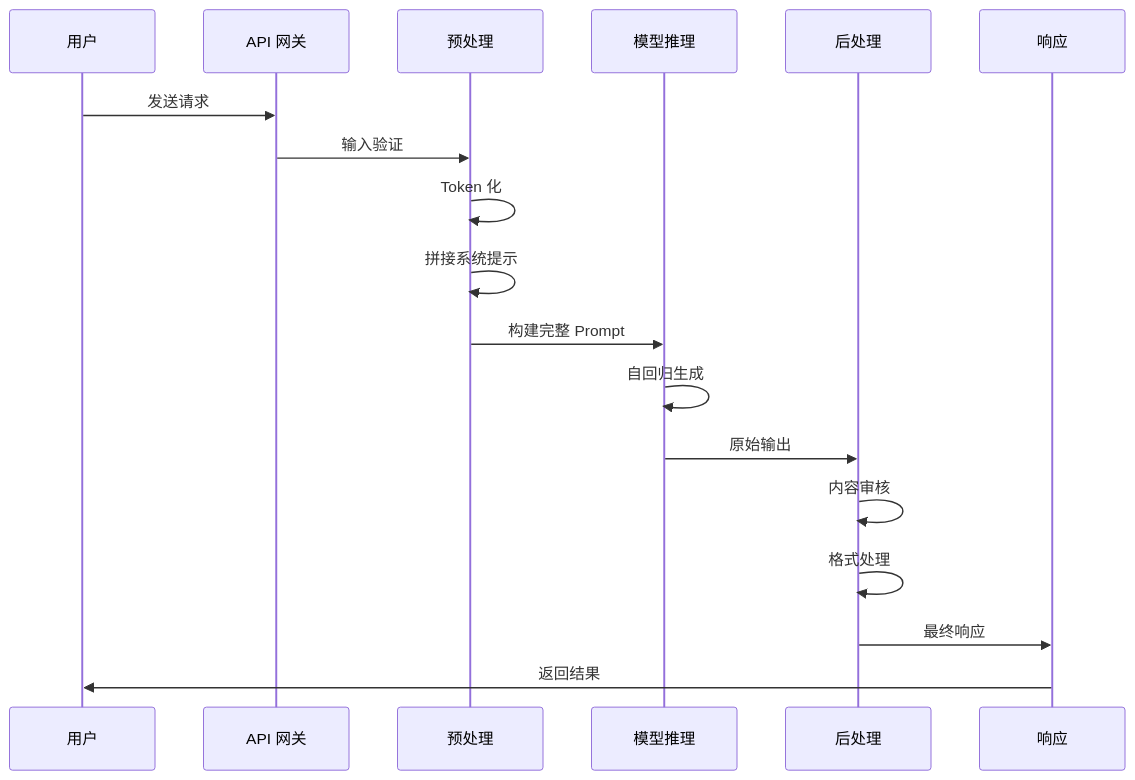
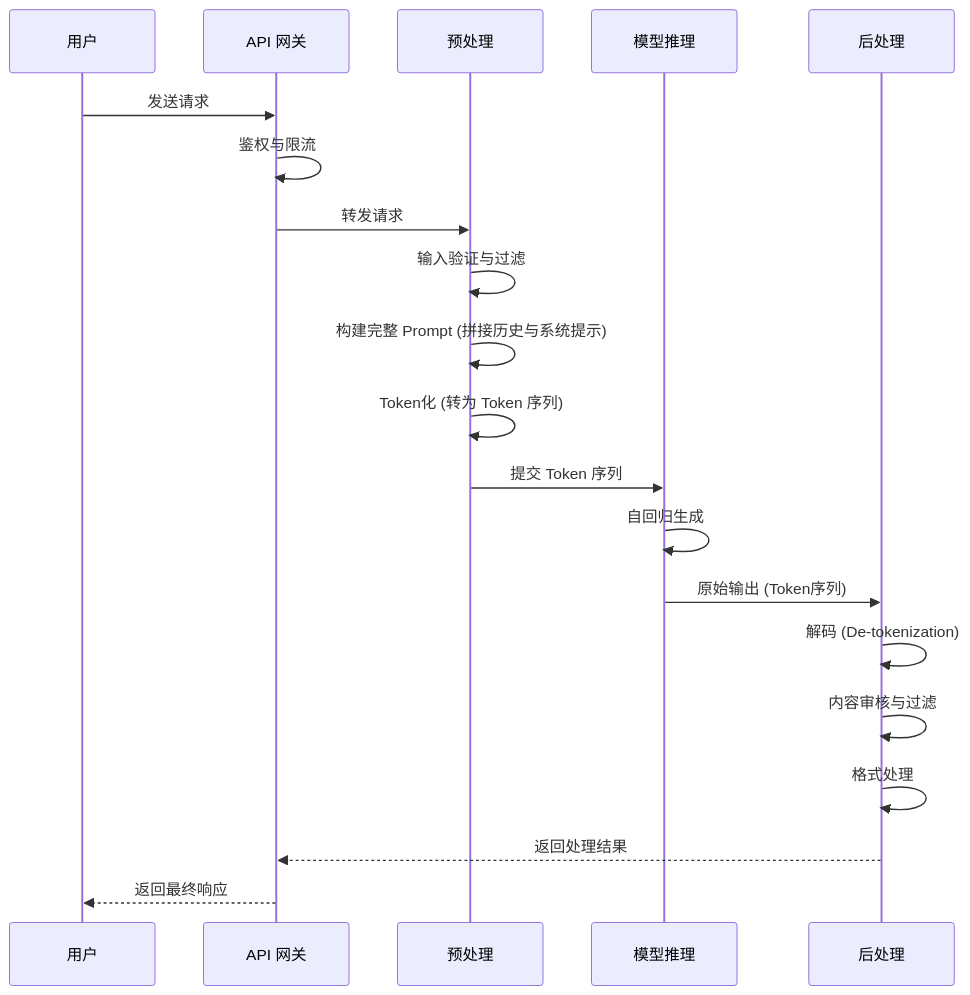
One commit to yeasy/ai_security_guide changed the first of 3 diagrams in 02_fundamentals/2.3_inference_security.md. Above: the diagram before and after it, drawn with Mermaid. The commit also changed other lines of this file and 74 other files, not shown here.

````diff
--- a/02_fundamentals/2.3_inference_security.md
+++ b/02_fundamentals/2.3_inference_security.md
@@ -9,21 +9,23 @@
 ```mermaid
 sequenceDiagram
     participant U as 用户
     participant A as API 网关
     participant P as 预处理
     participant M as 模型推理
     participant F as 后处理
-    participant R as 响应
 
     U->>A: 发送请求
-    A->>P: 输入验证
-    P->>P: Token 化
-    P->>P: 拼接系统提示
-    P->>M: 构建完整 Prompt
+    A->>A: 鉴权与限流
+    A->>P: 转发请求
+    P->>P: 输入验证与过滤
+    P->>P: 构建完整 Prompt (拼接历史与系统提示)
+    P->>P: Token化 (转为 Token 序列)
+    P->>M: 提交 Token 序列
     M->>M: 自回归生成
-    M->>F: 原始输出
-    F->>F: 内容审核
+    M->>F: 原始输出 (Token序列)
+    F->>F: 解码 (De-tokenization)
+    F->>F: 内容审核与过滤
     F->>F: 格式处理
-    F->>R: 最终响应
-    R->>U: 返回结果
+    F-->>A: 返回处理结果
+    A-->>U: 返回最终响应
 ```
````
